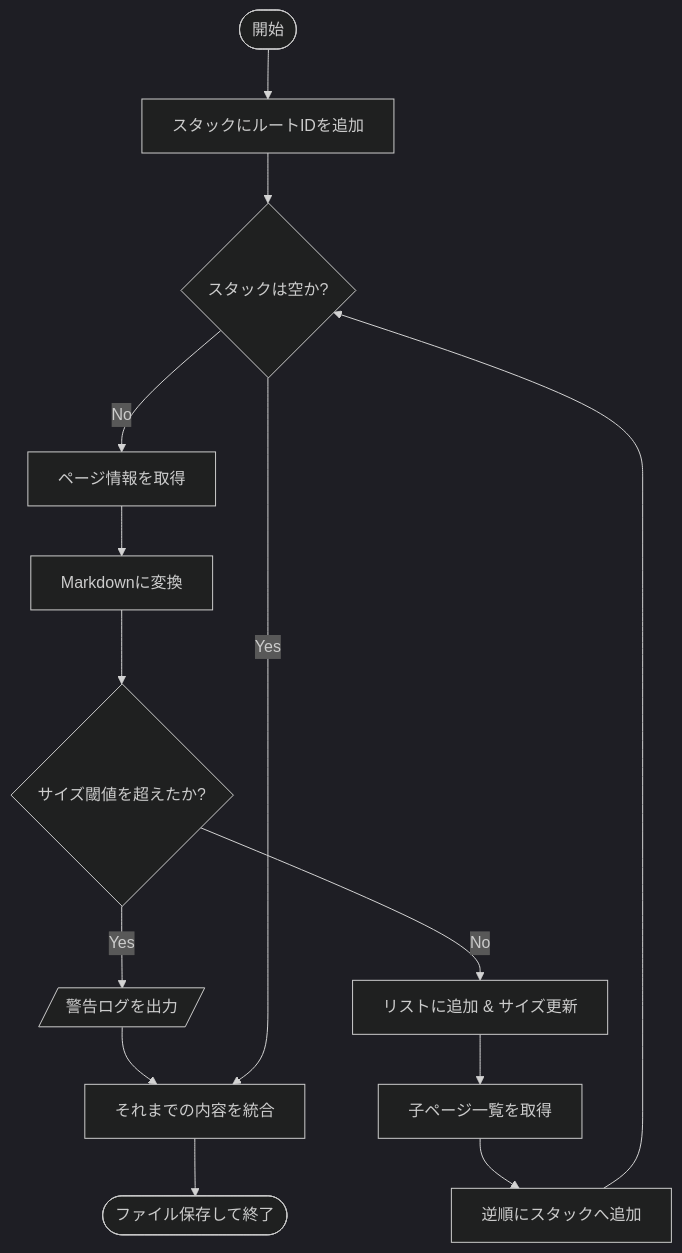
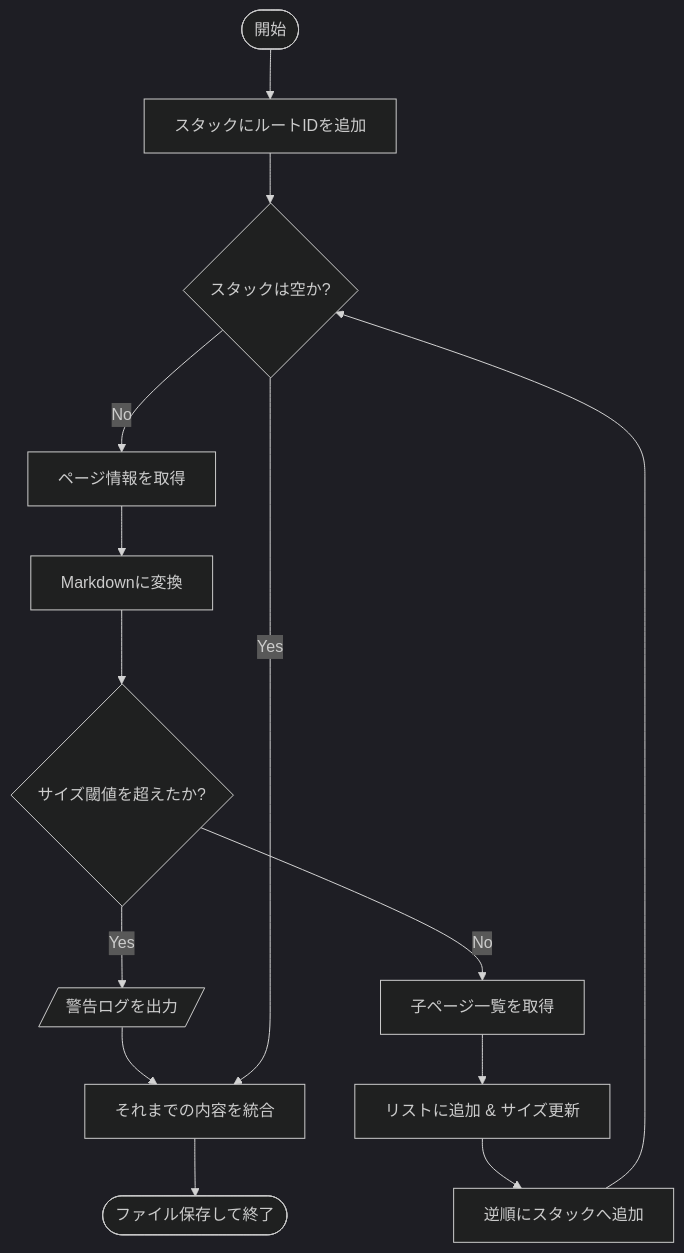
Before and after one commit to masanori-satake/C2M-Export: the fourth of 4 diagrams in README_DEV.md, drawn with Mermaid (dark theme). The commit also changed other lines of this file and 13 other files, not shown here.

````diff
--- a/README_DEV.md
+++ b/README_DEV.md
@@ -127,19 +135,19 @@
 ```mermaid
 flowchart TD
     Start([開始]) --> Init[スタックにルートIDを追加]
     Init --> Pop{スタックは空か?}
     Pop -- No --> Fetch[ページ情報を取得]
     Fetch --> Convert[Markdownに変換]
     Convert --> CheckSize{サイズ閾値を超えたか?}
 
     CheckSize -- Yes --> Warning[/警告ログを出力/]
     Warning --> Combine[それまでの内容を統合]
 
-    CheckSize -- No --> AddMD[リストに追加 & サイズ更新]
-    AddMD --> GetChildren[子ページ一覧を取得]
-    GetChildren --> Push[逆順にスタックへ追加]
+    CheckSize -- No --> GetChildren[子ページ一覧を取得]
+    GetChildren --> AddMD[リストに追加 & サイズ更新]
+    AddMD --> Push[逆順にスタックへ追加]
     Push --> Pop
 
     Pop -- Yes --> Combine
     Combine --> Save([ファイル保存して終了])
 ```
````
